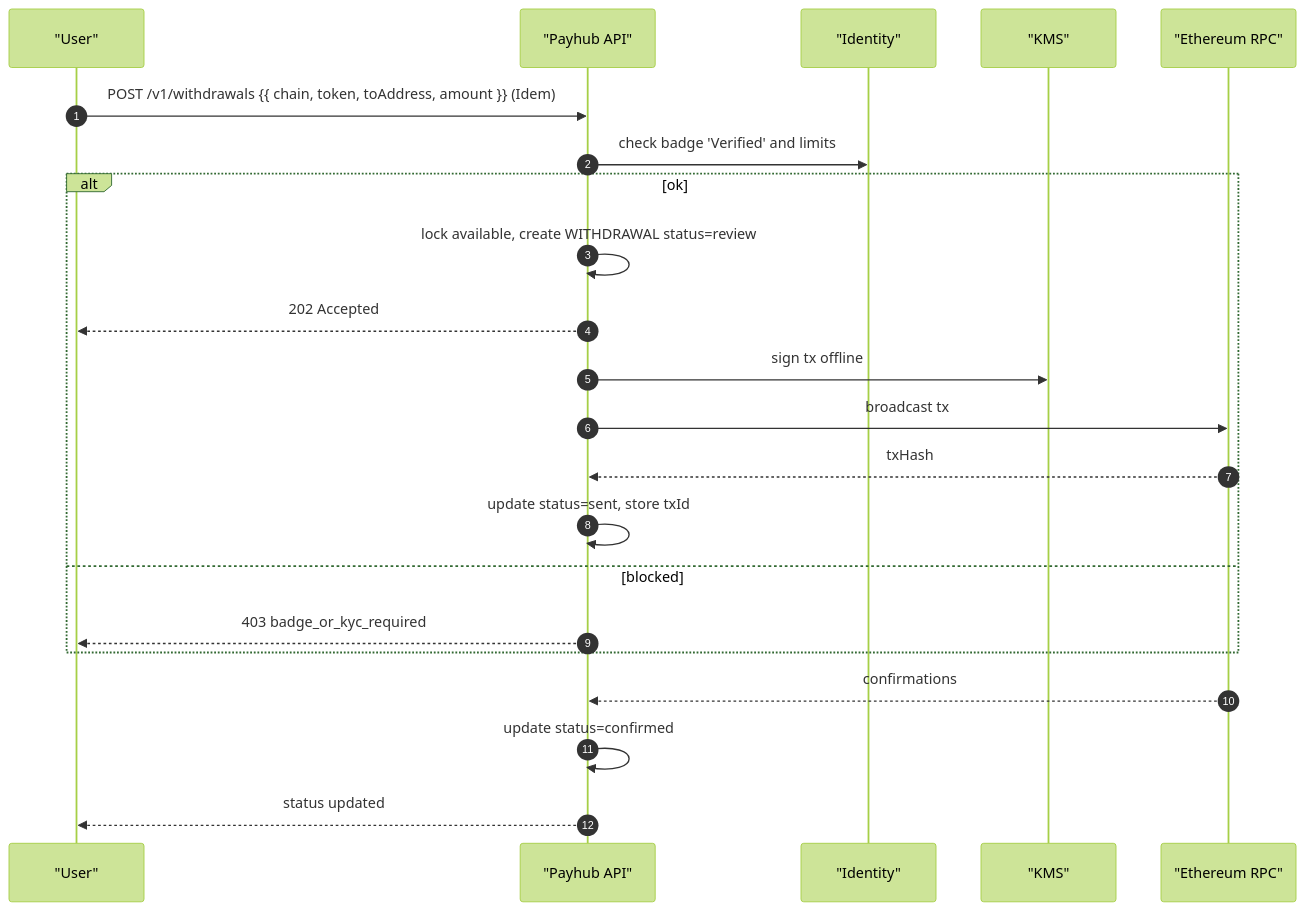
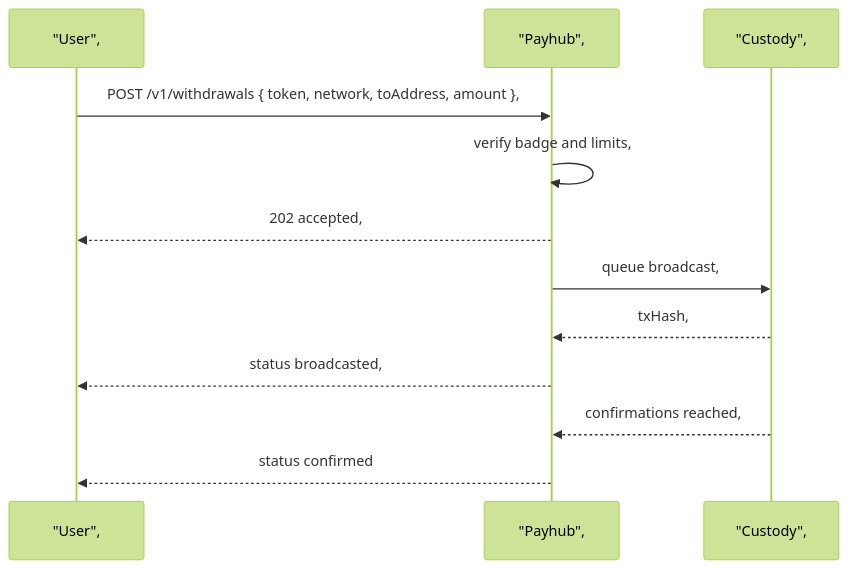
One commit to bkkac/tg-miniapp-payhub-service changed the fourth of 7 diagrams in SystemDesign.md. Above: the diagram before and after it, drawn with Mermaid (forest theme). The commit also changed other lines of this file, not shown here.

````diff
--- a/SystemDesign.md
+++ b/SystemDesign.md
@@ -510,24 +758,14 @@
 ```mermaid
 sequenceDiagram
-  autonumber
-  participant U as "User"
-  participant PH as "Payhub API"
-  participant ID as "Identity"
-  participant K as "KMS"
-  participant CH as "Ethereum RPC"
-  U->>PH: POST /v1/withdrawals {{ chain, token, toAddress, amount }} (Idem)
-  PH->>ID: check badge 'Verified' and limits
-  alt ok
-    PH->>PH: lock available, create WITHDRAWAL status=review
-    PH-->>U: 202 Accepted
-    PH->>K: sign tx offline
-    PH->>CH: broadcast tx
-    CH-->>PH: txHash
-    PH->>PH: update status=sent, store txId
-  else blocked
-    PH-->>U: 403 badge_or_kyc_required
-  end
-  CH-->>PH: confirmations
-  PH->>PH: update status=confirmed
-  PH-->>U: status updated
+  participant U as "User",
+  participant PH as "Payhub",
+  participant CU as "Custody",
+  U->>PH: POST /v1/withdrawals { token, network, toAddress, amount },
+  PH->>PH: verify badge and limits,
+  PH-->>U: 202 accepted,
+  PH->>CU: queue broadcast,
+  CU-->>PH: txHash,
+  PH-->>U: status broadcasted,
+  CU-->>PH: confirmations reached,
+  PH-->>U: status confirmed
 ```
````
